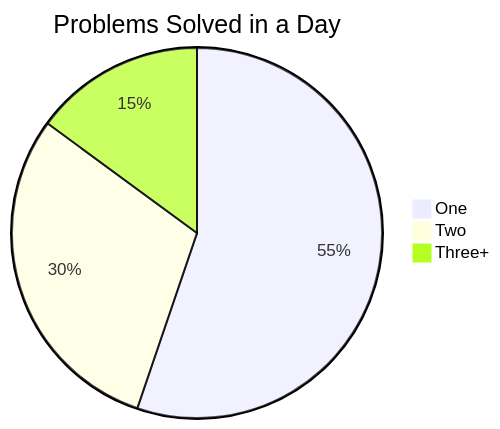
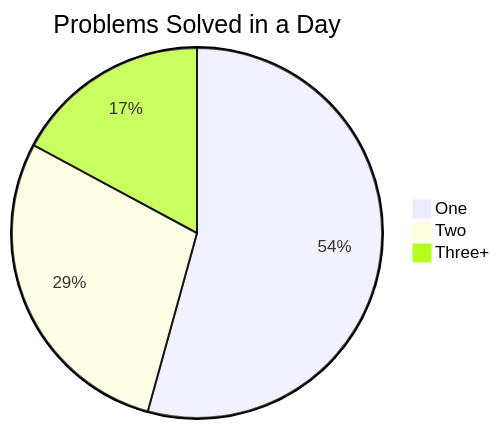
The second of 2 diagrams in readme.md (Jasjeet-Singh-S/100-days-DSA), drawn with Mermaid before and after one commit. The commit also changed other lines of this file and 4 other files, not shown here.

````diff
--- a/readme.md
+++ b/readme.md
@@ -25,6 +25,6 @@
 ```mermaid
 pie title Problems Solved in a Day
-    "One" : 37
+    "One" : 38
     "Two" : 20
-    "Three+" : 10
+    "Three+" : 12
 ```
````
